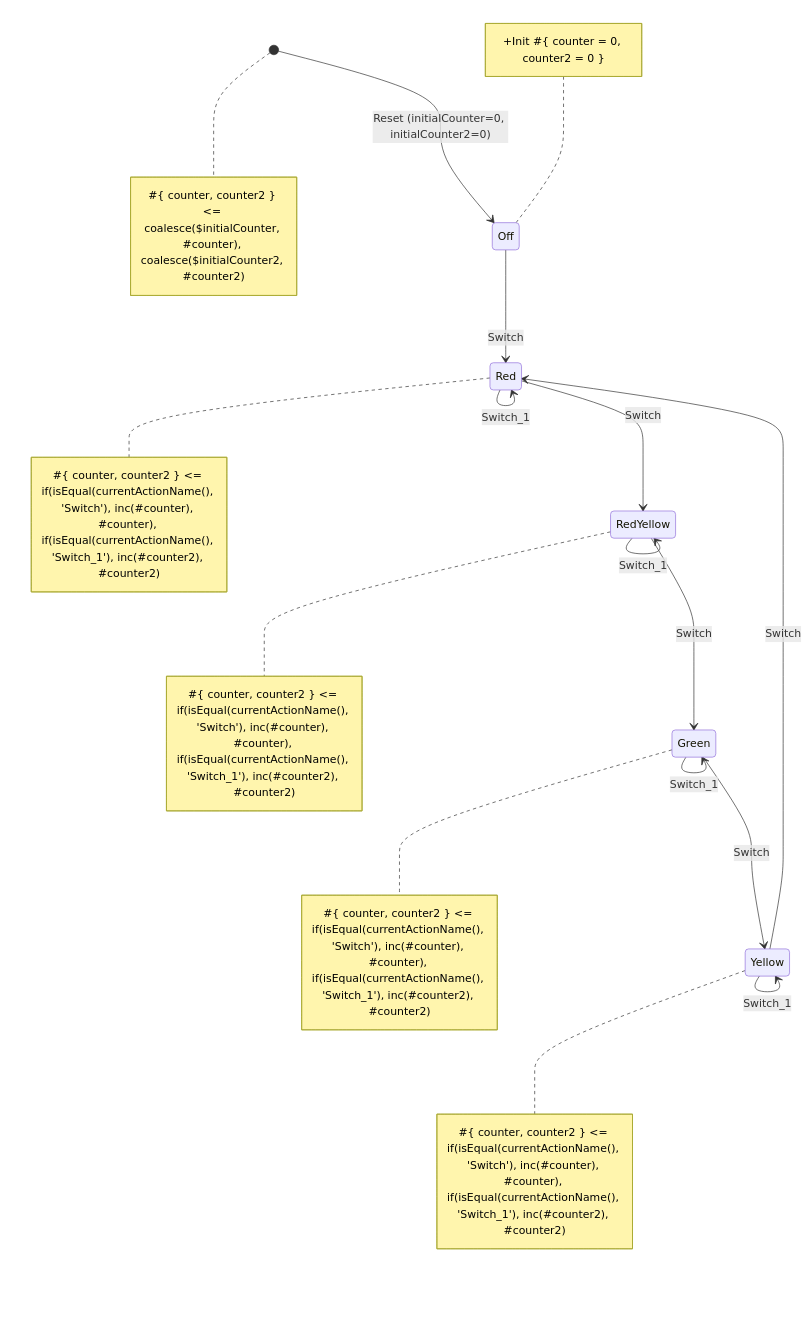
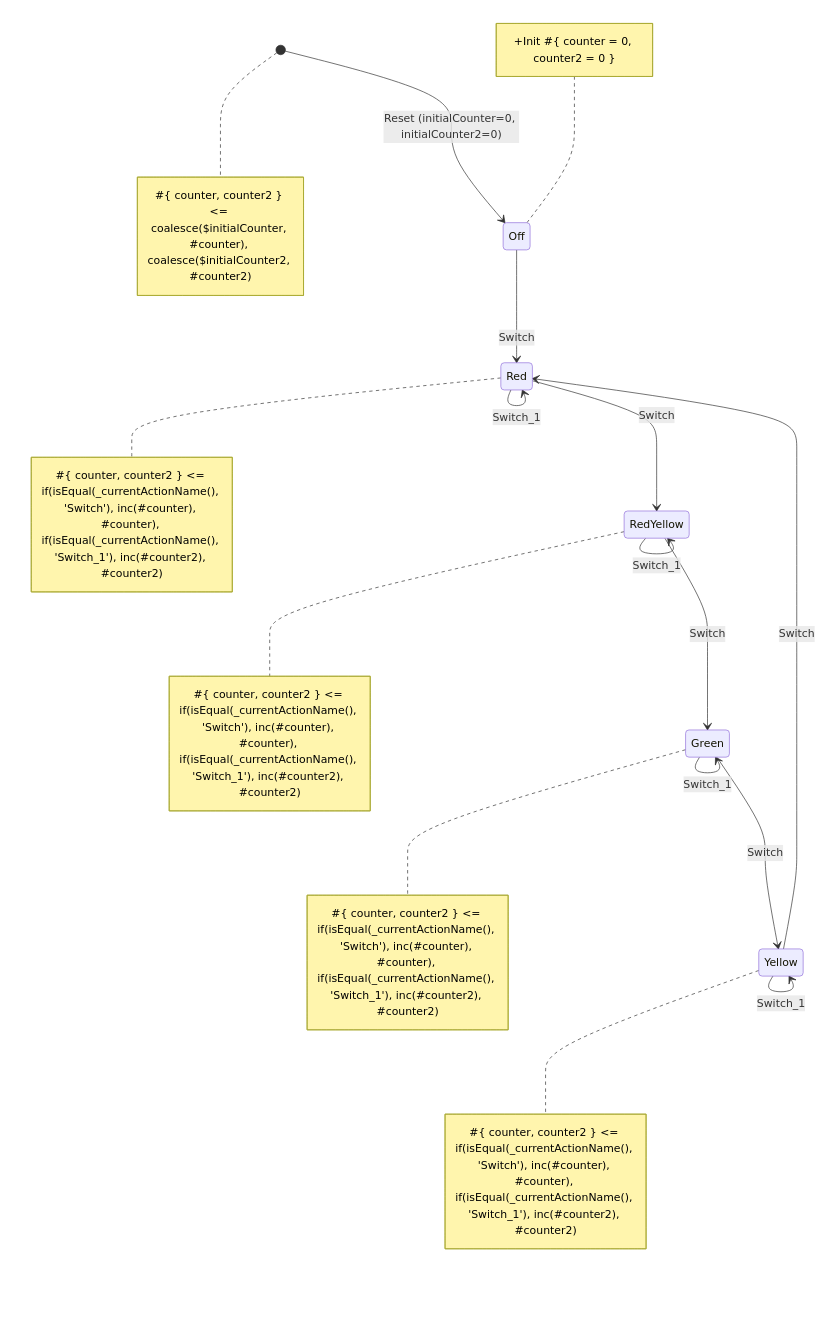
Before and after one commit to tfcp68/yantrix: the diagram in packages/react/__tests__/diagrams/traffic-light_two_counters.mermaid, drawn with Mermaid. The commit also changed 22 other files, not shown here.

```diff
--- a/packages/react/__tests__/diagrams/traffic-light_two_counters.mermaid
+++ b/packages/react/__tests__/diagrams/traffic-light_two_counters.mermaid
@@ -1,37 +1,37 @@
 stateDiagram-v2
 	[*] --> Off: Reset (initialCounter=0, initialCounter2=0)
 
 	Off --> Red: Switch
 	Red --> RedYellow: Switch
 	RedYellow --> Green: Switch
 	Green --> Yellow: Switch
 	Yellow --> Red: Switch
 
 	Red --> Red: Switch_1
 	RedYellow --> RedYellow: Switch_1
 	Green --> Green: Switch_1
 	Yellow --> Yellow: Switch_1
 
 note right of [*]
 #{ counter, counter2 } <= coalesce($initialCounter, #counter), coalesce($initialCounter2, #counter2)
 end note
 
 note left of Off
 +Init #{ counter = 0, counter2 = 0 }
 end note
 
 
-%% set counter = inc(counter) only when currentActionName() == 'Switch' (otherwise keep counter as is);
-%% set counter2 = inc(counter2) only when currentActionName() == 'Switch_1' (otherwise keep counter2 as is).
+%% set counter = inc(counter) only when _currentActionName() == 'Switch' (otherwise keep counter as is);
+%% set counter2 = inc(counter2) only when _currentActionName() == 'Switch_1' (otherwise keep counter2 as is).
 note right of Red
-#{ counter, counter2 } <= if(isEqual(currentActionName(), 'Switch'), inc(#counter), #counter), if(isEqual(currentActionName(), 'Switch_1'), inc(#counter2), #counter2)
+#{ counter, counter2 } <= if(isEqual(_currentActionName(), 'Switch'), inc(#counter), #counter), if(isEqual(_currentActionName(), 'Switch_1'), inc(#counter2), #counter2)
 end note
 note right of RedYellow
-#{ counter, counter2 } <= if(isEqual(currentActionName(), 'Switch'), inc(#counter), #counter), if(isEqual(currentActionName(), 'Switch_1'), inc(#counter2), #counter2)
+#{ counter, counter2 } <= if(isEqual(_currentActionName(), 'Switch'), inc(#counter), #counter), if(isEqual(_currentActionName(), 'Switch_1'), inc(#counter2), #counter2)
 end note
 note right of Green
-#{ counter, counter2 } <= if(isEqual(currentActionName(), 'Switch'), inc(#counter), #counter), if(isEqual(currentActionName(), 'Switch_1'), inc(#counter2), #counter2)
+#{ counter, counter2 } <= if(isEqual(_currentActionName(), 'Switch'), inc(#counter), #counter), if(isEqual(_currentActionName(), 'Switch_1'), inc(#counter2), #counter2)
 end note
 note right of Yellow
-#{ counter, counter2 } <= if(isEqual(currentActionName(), 'Switch'), inc(#counter), #counter), if(isEqual(currentActionName(), 'Switch_1'), inc(#counter2), #counter2)
+#{ counter, counter2 } <= if(isEqual(_currentActionName(), 'Switch'), inc(#counter), #counter), if(isEqual(_currentActionName(), 'Switch_1'), inc(#counter2), #counter2)
 end note
```
